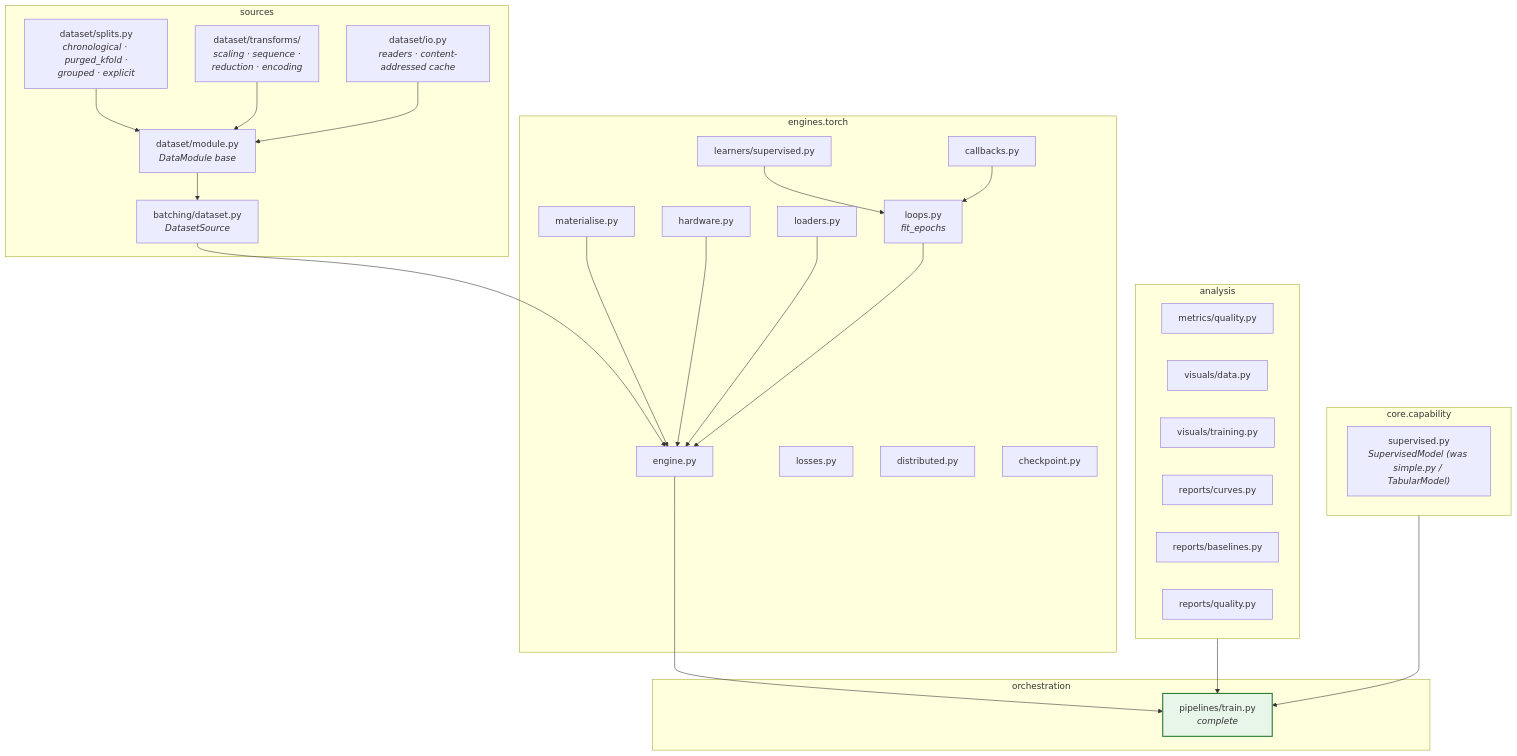
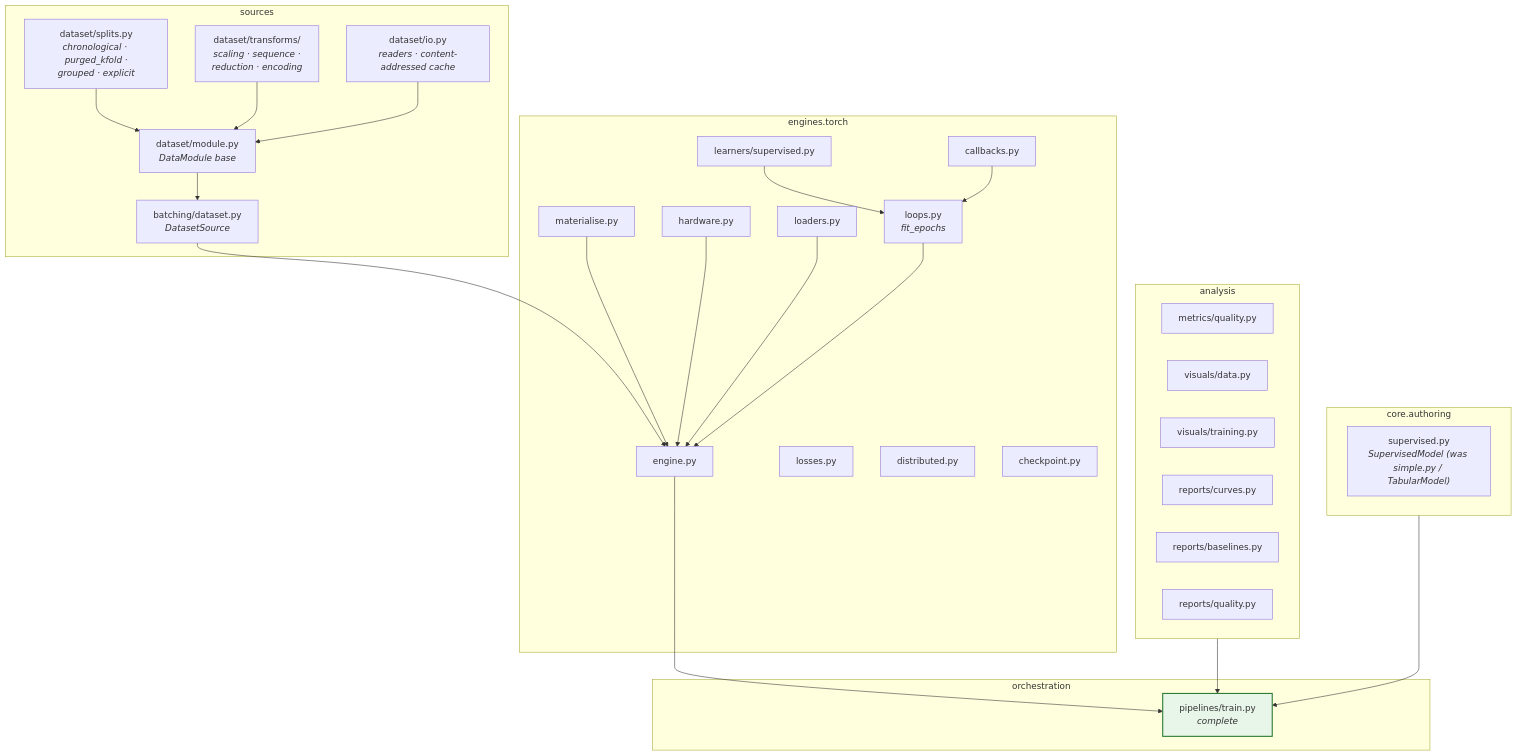
One commit to JStevens95/QuantStrata changed the first of 6 diagrams in src/rade_qnet/docs/phases/PHASE_2_TORCH_ENGINE.md. Above: the diagram before and after it, drawn with Mermaid. The commit also changed other lines of this file and 233 other files, not shown here.

````diff
--- a/src/rade_qnet/docs/phases/PHASE_2_TORCH_ENGINE.md
+++ b/src/rade_qnet/docs/phases/PHASE_2_TORCH_ENGINE.md
@@ -36,52 +36,52 @@
 ```mermaid
 flowchart TD
     subgraph SRC["sources"]
         DM["dataset/module.py<br/><i>DataModule base</i>"]
         SP["dataset/splits.py<br/><i>chronological · purged_kfold ·<br/>grouped · explicit</i>"]
         TF["dataset/transforms/<br/><i>scaling · sequence ·<br/>reduction · encoding</i>"]
         IO["dataset/io.py<br/><i>readers · content-addressed cache</i>"]
         BD["batching/dataset.py<br/><i>DatasetSource</i>"]
     end
     subgraph ENG["engines.torch"]
         E["engine.py"]
         L["loops.py<br/><i>fit_epochs</i>"]
         LS["learners/supervised.py"]
         CB["callbacks.py"]
         LO["losses.py"]
         HW["hardware.py"]
         MA["materialise.py"]
         DI["distributed.py"]
         CK["checkpoint.py"]
         LD["loaders.py"]
     end
     subgraph ORCH["orchestration"]
         TP["pipelines/train.py<br/><i>complete</i>"]
     end
     subgraph ANA["analysis"]
         MQ["metrics/quality.py"]
         VD["visuals/data.py"]
         VT["visuals/training.py"]
         RC["reports/curves.py"]
         RB["reports/baselines.py"]
         RQ["reports/quality.py"]
     end
-    subgraph CAP["core.capability"]
+    subgraph CAP["core.authoring"]
         SI["supervised.py<br/><i>SupervisedModel (was simple.py / TabularModel)</i>"]
     end
 
     DM --> BD
     SP --> DM
     TF --> DM
     IO --> DM
     BD --> E
     MA --> E
     HW --> E
     LD --> E
     L --> E
     LS --> L
     CB --> L
     E --> TP
     ANA --> TP
     CAP --> TP
     style TP fill:#e8f5e9,stroke:#2e7d32,stroke-width:2px
 ```
````
